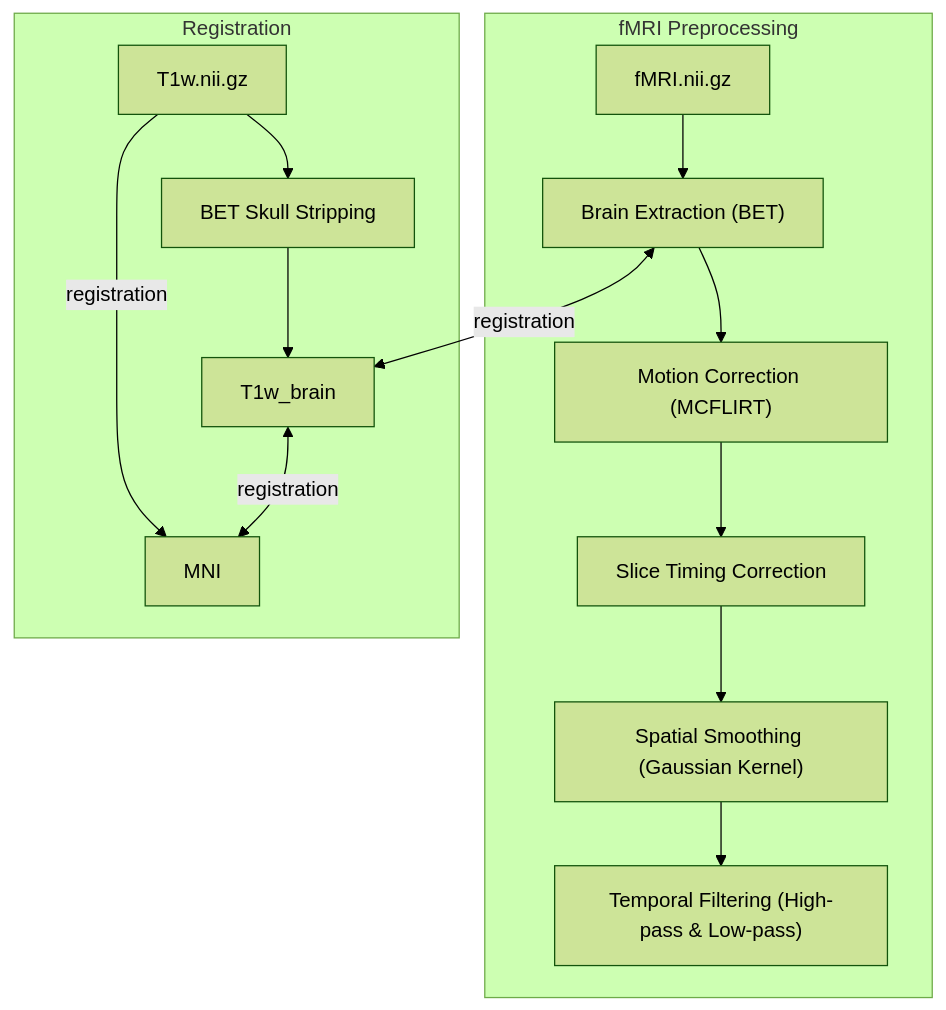
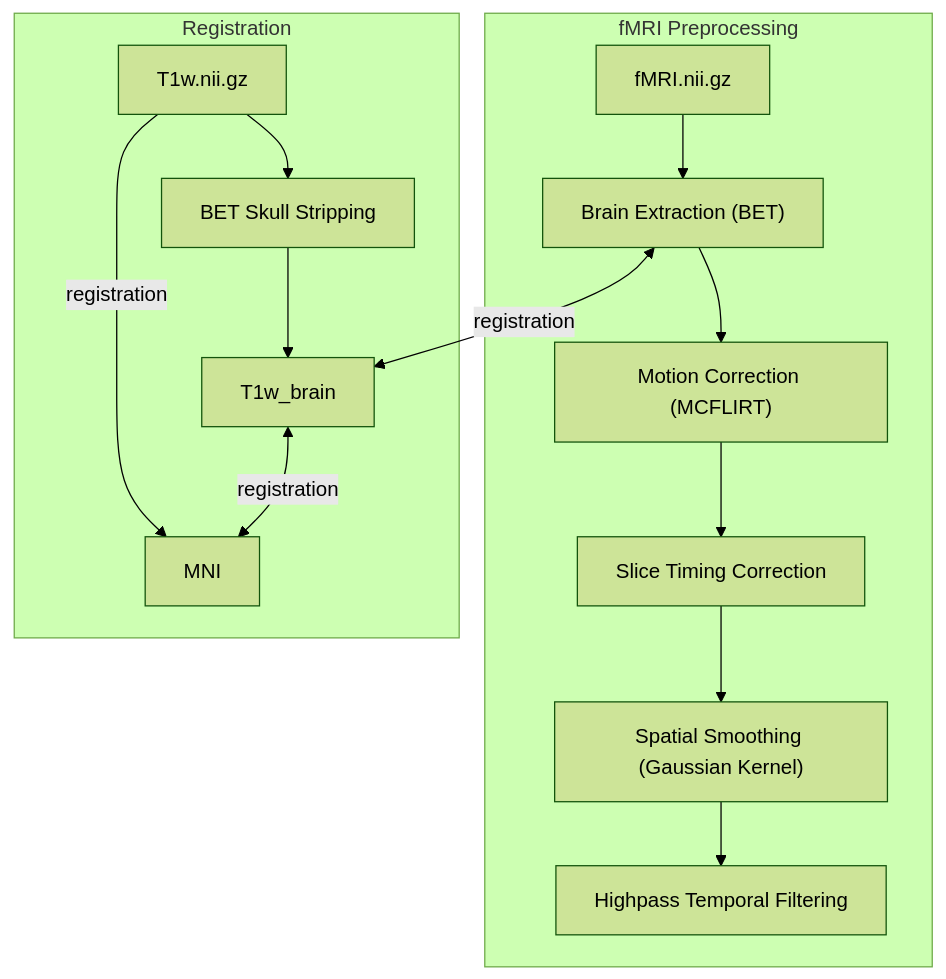
Before and after one commit to leonardocerliani/GUTS_fmri_preproc: the diagram in TUT/03_preproc_FSL_HalfPipe/03_preproc_FSL_Halfpipe.md, drawn with Mermaid (forest theme).

````diff
--- a/TUT/03_preproc_FSL_HalfPipe/03_preproc_FSL_Halfpipe.md
+++ b/TUT/03_preproc_FSL_HalfPipe/03_preproc_FSL_Halfpipe.md
@@ -14,19 +14,19 @@
 ```mermaid
 graph TD;
     
     subgraph "fMRI Preprocessing"
         B["fMRI.nii.gz"] --> C["Brain Extraction (BET)"]
         C --> D["Motion Correction (MCFLIRT)"]
         D --> E["Slice Timing Correction"]
         E --> F["Spatial Smoothing (Gaussian Kernel)"]
-        F --> G["Temporal Filtering (High-pass & Low-pass)"]
+        F --> G["Highpass Temporal Filtering"]
     end
     
     subgraph "Registration"
         
         J["T1w.nii.gz"] --> K["BET Skull Stripping"] --> L["T1w_brain"] <--> |registration| M["MNI"]
         C["Brain Extraction (BET)"] <--> |registration| L["T1w_brain"]
         J["T1w.nii.gz"] --> |registration| M["MNI"]
 
     end
 ```
````
